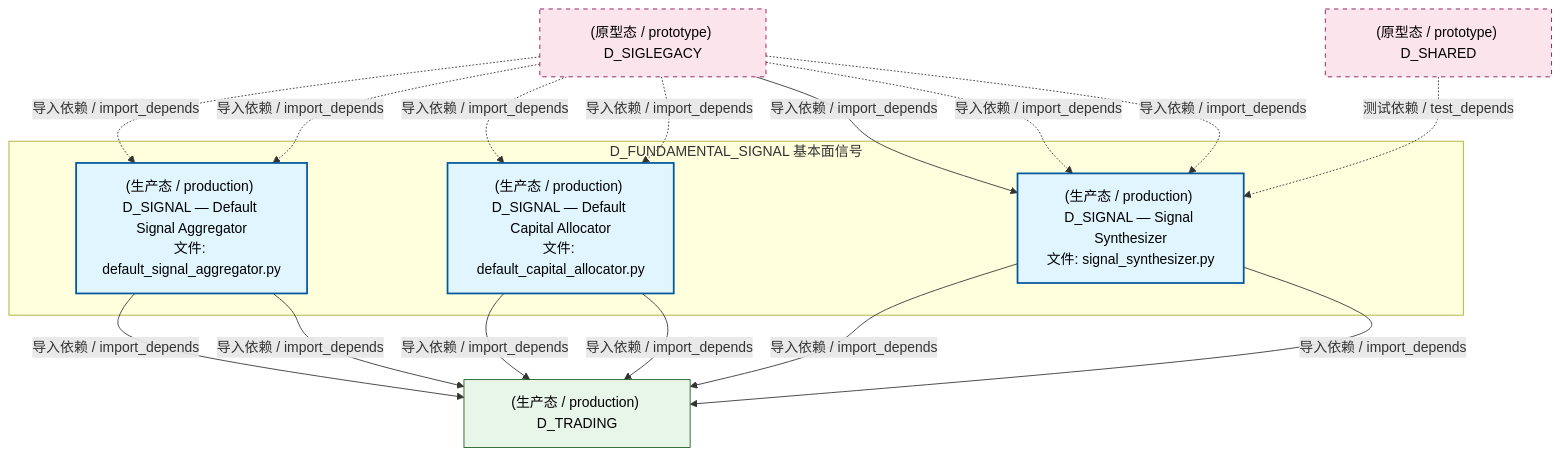
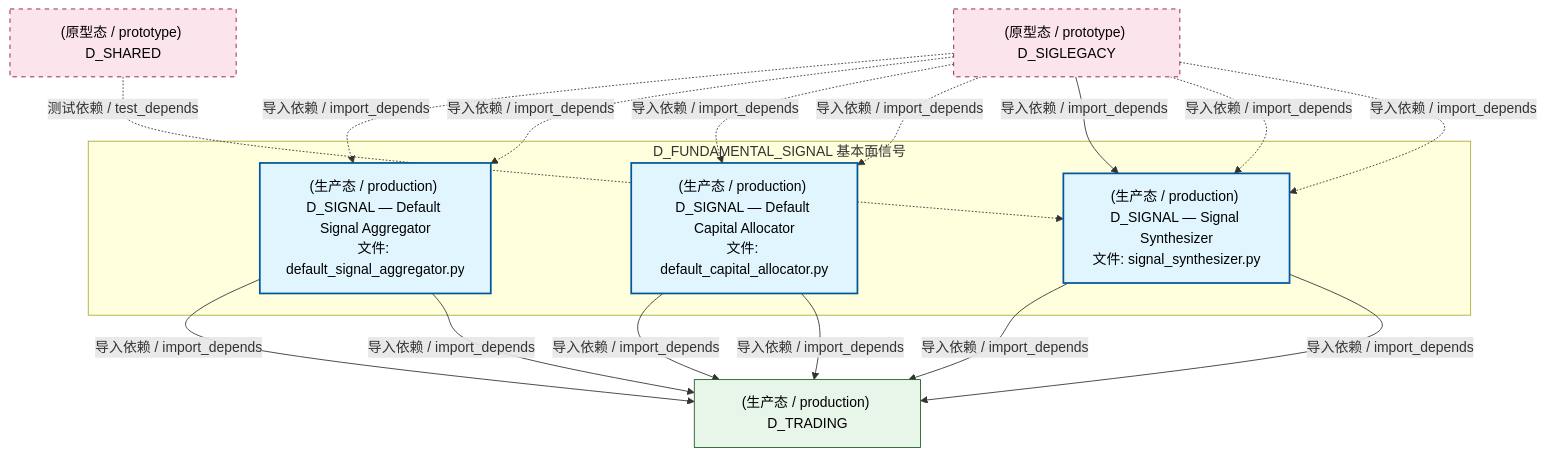
The second of 4 diagrams in docs/02_enterprise_architecture/02_domain_architecture_docs/37_d_fundamental_signal.md (xuanFelixVan/ZephyrAlpha), drawn with Mermaid before and after one commit. The commit also changed other lines of this file and 126 other files, not shown here.

````diff
--- a/docs/02_enterprise_architecture/02_domain_architecture_docs/37_d_fundamental_signal.md
+++ b/docs/02_enterprise_architecture/02_domain_architecture_docs/37_d_fundamental_signal.md
@@ -134,32 +134,32 @@
 ```mermaid
 graph TD
     subgraph D_FUNDAMENTAL_SIGNAL["D_FUNDAMENTAL_SIGNAL 基本面信号"]
         src_zephyr_signal_fundamental_gen_implementations_default_signal_aggregator_py["(生产态 / production) D_SIGNAL — Default Signal Aggregator<br/>文件: default_signal_aggregator.py"]
         src_zephyr_signal_fundamental_strategy_implementations_default_capital_allocator_py["(生产态 / production) D_SIGNAL — Default Capital Allocator<br/>文件: default_capital_allocator.py"]
         src_zephyr_signal_fundamental_synth_signal_synthesizer_py["(生产态 / production) D_SIGNAL — Signal Synthesizer<br/>文件: signal_synthesizer.py"]
     end
     D_TRADING["(生产态 / production) D_TRADING"]
+    src_zephyr_signal_fundamental_synth_signal_synthesizer_py -->|导入依赖 / import_depends| D_TRADING
+    src_zephyr_signal_fundamental_strategy_implementations_default_capital_allocator_py -->|导入依赖 / import_depends| D_TRADING
+    src_zephyr_signal_fundamental_synth_signal_synthesizer_py -->|导入依赖 / import_depends| D_TRADING
     src_zephyr_signal_fundamental_gen_implementations_default_signal_aggregator_py -->|导入依赖 / import_depends| D_TRADING
     src_zephyr_signal_fundamental_gen_implementations_default_signal_aggregator_py -->|导入依赖 / import_depends| D_TRADING
     src_zephyr_signal_fundamental_strategy_implementations_default_capital_allocator_py -->|导入依赖 / import_depends| D_TRADING
-    src_zephyr_signal_fundamental_strategy_implementations_default_capital_allocator_py -->|导入依赖 / import_depends| D_TRADING
-    src_zephyr_signal_fundamental_synth_signal_synthesizer_py -->|导入依赖 / import_depends| D_TRADING
-    src_zephyr_signal_fundamental_synth_signal_synthesizer_py -->|导入依赖 / import_depends| D_TRADING
     D_SIGLEGACY["(原型态 / prototype) D_SIGLEGACY"]
     D_SIGLEGACY -.->|导入依赖 / import_depends| src_zephyr_signal_fundamental_gen_implementations_default_signal_aggregator_py
     D_SIGLEGACY -.->|导入依赖 / import_depends| src_zephyr_signal_fundamental_gen_implementations_default_signal_aggregator_py
     D_SIGLEGACY -.->|导入依赖 / import_depends| src_zephyr_signal_fundamental_strategy_implementations_default_capital_allocator_py
     D_SIGLEGACY -.->|导入依赖 / import_depends| src_zephyr_signal_fundamental_strategy_implementations_default_capital_allocator_py
     D_SIGLEGACY -->|导入依赖 / import_depends| src_zephyr_signal_fundamental_synth_signal_synthesizer_py
     D_SIGLEGACY -.->|导入依赖 / import_depends| src_zephyr_signal_fundamental_synth_signal_synthesizer_py
     D_SIGLEGACY -.->|导入依赖 / import_depends| src_zephyr_signal_fundamental_synth_signal_synthesizer_py
     D_SHARED["(原型态 / prototype) D_SHARED"]
     D_SHARED -.->|测试依赖 / test_depends| src_zephyr_signal_fundamental_synth_signal_synthesizer_py
     classDef production fill:#e1f5fe,stroke:#01579b,stroke-width:2px,color:#000
     classDef design fill:#fff3e0,stroke:#e65100,stroke-width:2px,color:#000,stroke-dasharray: 5 5
     classDef external_prod fill:#e8f5e9,stroke:#1b5e20,stroke-width:1px,color:#000
     classDef external_design fill:#fce4ec,stroke:#880e4f,stroke-width:1px,color:#000,stroke-dasharray: 5 5
     class src_zephyr_signal_fundamental_gen_implementations_default_signal_aggregator_py,src_zephyr_signal_fundamental_strategy_implementations_default_capital_allocator_py,src_zephyr_signal_fundamental_synth_signal_synthesizer_py production
     class D_TRADING external_prod
     class D_SIGLEGACY,D_SHARED external_design
 ```
````
